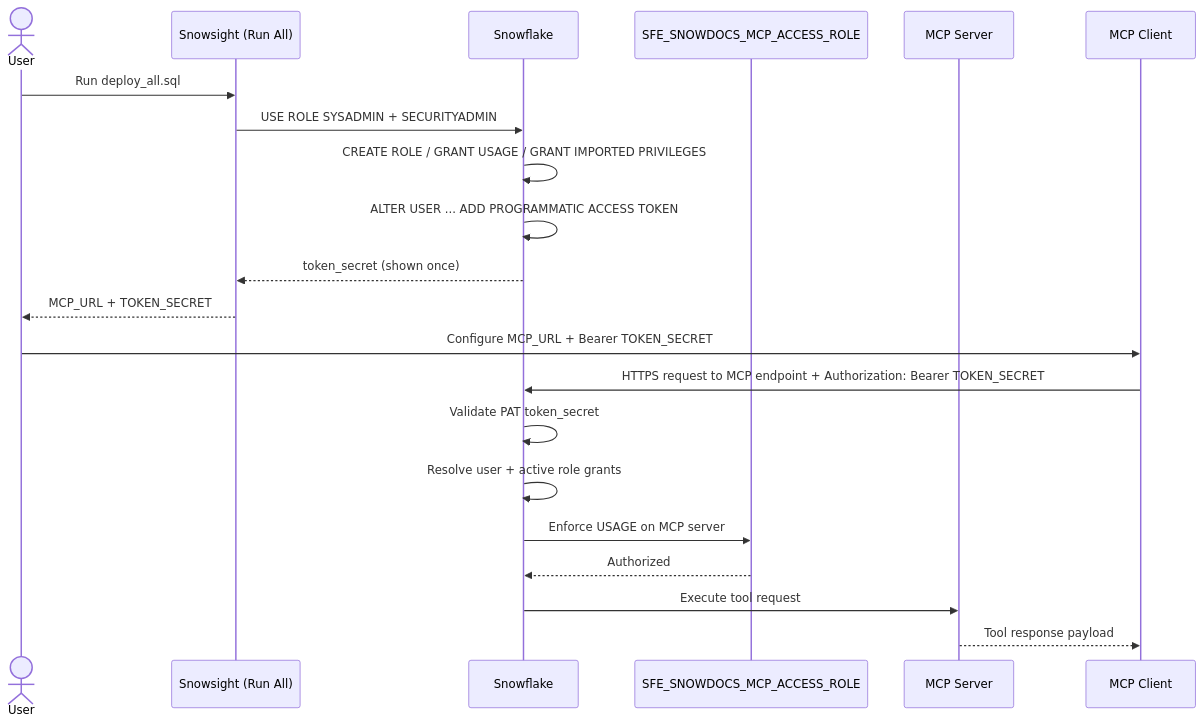
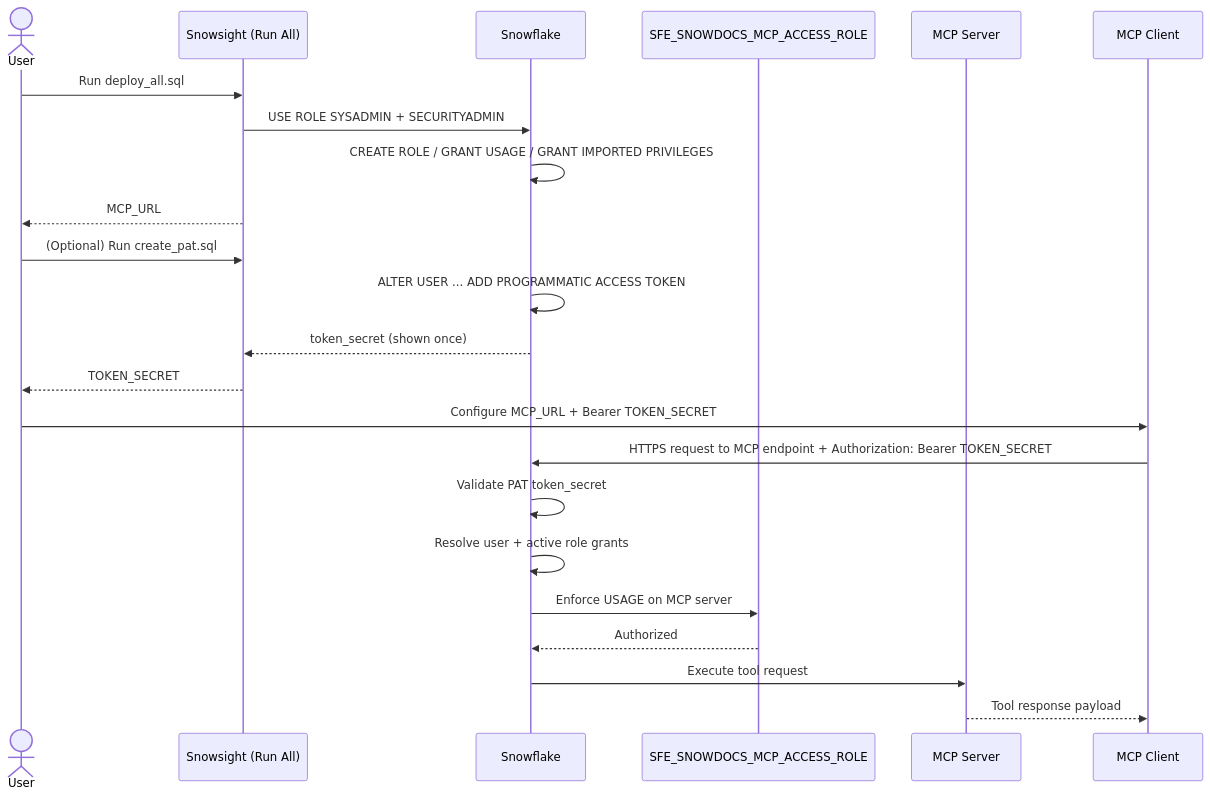
Before and after one commit to sfc-gh-miwhitaker/mcp-snowdocs: the diagram in diagrams/auth-flow.md, drawn with Mermaid. The commit also changed other lines of this file and 4 other files, not shown here.

First line of the commit message:
Add create_pat.sql for optional PAT token generation and update deploy_all.sql and README

````diff
--- a/diagrams/auth-flow.md
+++ b/diagrams/auth-flow.md
@@ -14,25 +14,28 @@
 ```mermaid
 sequenceDiagram
   actor User
   participant Snowsight as Snowsight (Run All)
   participant SF as Snowflake
   participant Role as SFE_SNOWDOCS_MCP_ACCESS_ROLE
   participant MCP as MCP Server
   participant IDE as MCP Client
 
   User->>Snowsight: Run deploy_all.sql
   Snowsight->>SF: USE ROLE SYSADMIN + SECURITYADMIN
   SF->>SF: CREATE ROLE / GRANT USAGE / GRANT IMPORTED PRIVILEGES
+  Snowsight-->>User: MCP_URL
+
+  User->>Snowsight: (Optional) Run create_pat.sql
   SF->>SF: ALTER USER ... ADD PROGRAMMATIC ACCESS TOKEN
   SF-->>Snowsight: token_secret (shown once)
-  Snowsight-->>User: MCP_URL + TOKEN_SECRET
+  Snowsight-->>User: TOKEN_SECRET
 
   User->>IDE: Configure MCP_URL + Bearer TOKEN_SECRET
   IDE->>SF: HTTPS request to MCP endpoint + Authorization: Bearer TOKEN_SECRET
   SF->>SF: Validate PAT token_secret
   SF->>SF: Resolve user + active role grants
   SF->>Role: Enforce USAGE on MCP server
   Role-->>SF: Authorized
   SF->>MCP: Execute tool request
   MCP-->>IDE: Tool response payload
 ```
````
